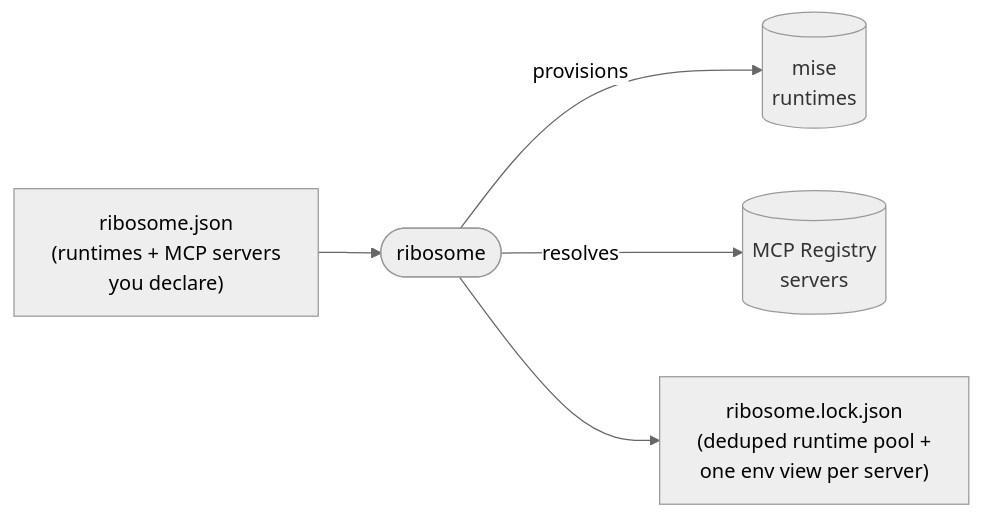
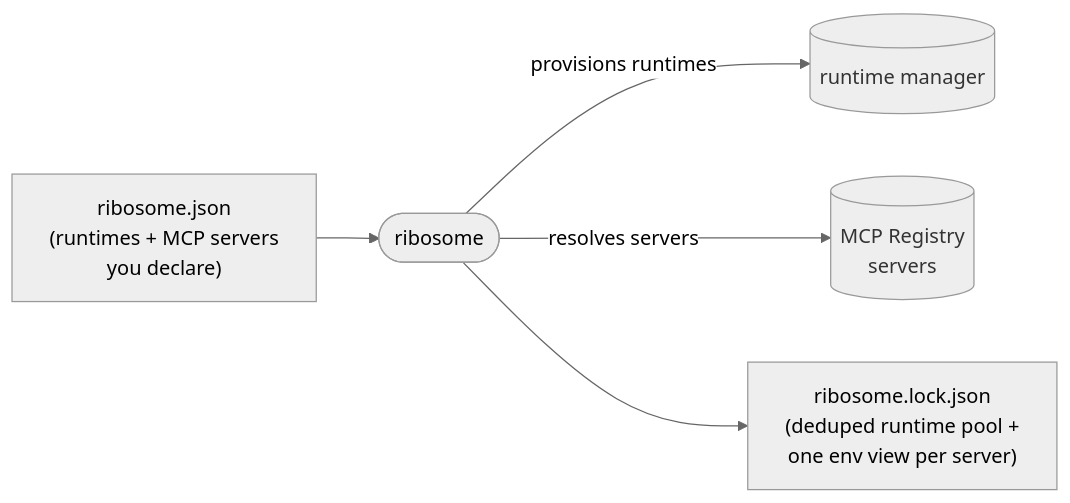
The diagram in README.md (medullaflow/ribosome), drawn with Mermaid (neutral theme) before and after one commit. The commit also changed other lines of this file and 22 other files, not shown here.

````diff
--- a/README.md
+++ b/README.md
@@ -41,16 +41,16 @@
 ```mermaid
 flowchart LR
     M["ribosome.json<br/>(runtimes + MCP servers<br/>you declare)"]
     R(["ribosome"])
-    MISE[("mise<br/>runtimes")]
+    RT[("runtime manager")]
     REG[("MCP Registry<br/>servers")]
     L["ribosome.lock.json<br/>(deduped runtime pool +<br/>one env view per server)"]
 
     M --> R
-    R -->|provisions| MISE
-    R -->|resolves| REG
+    R -->|provisions runtimes| RT
+    R -->|resolves servers| REG
     R --> L
 
     classDef ext fill:#eee,stroke:#999,color:#333;
-    class MISE,REG ext;
+    class RT,REG ext;
 ```
````
